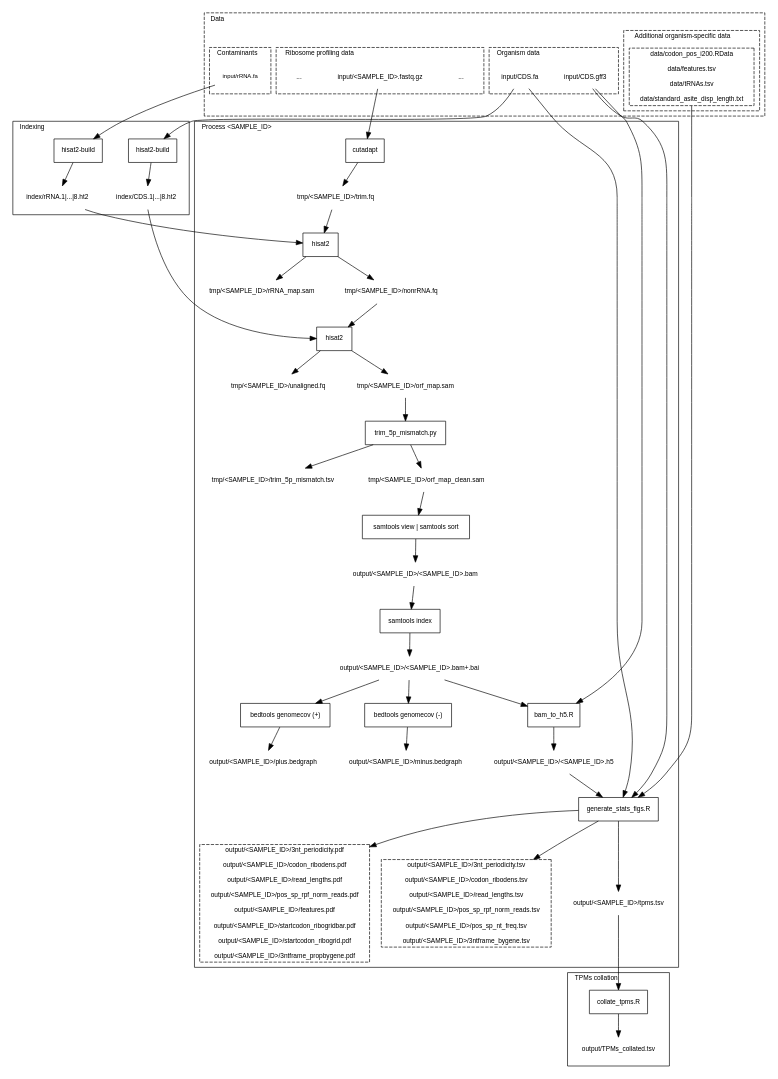
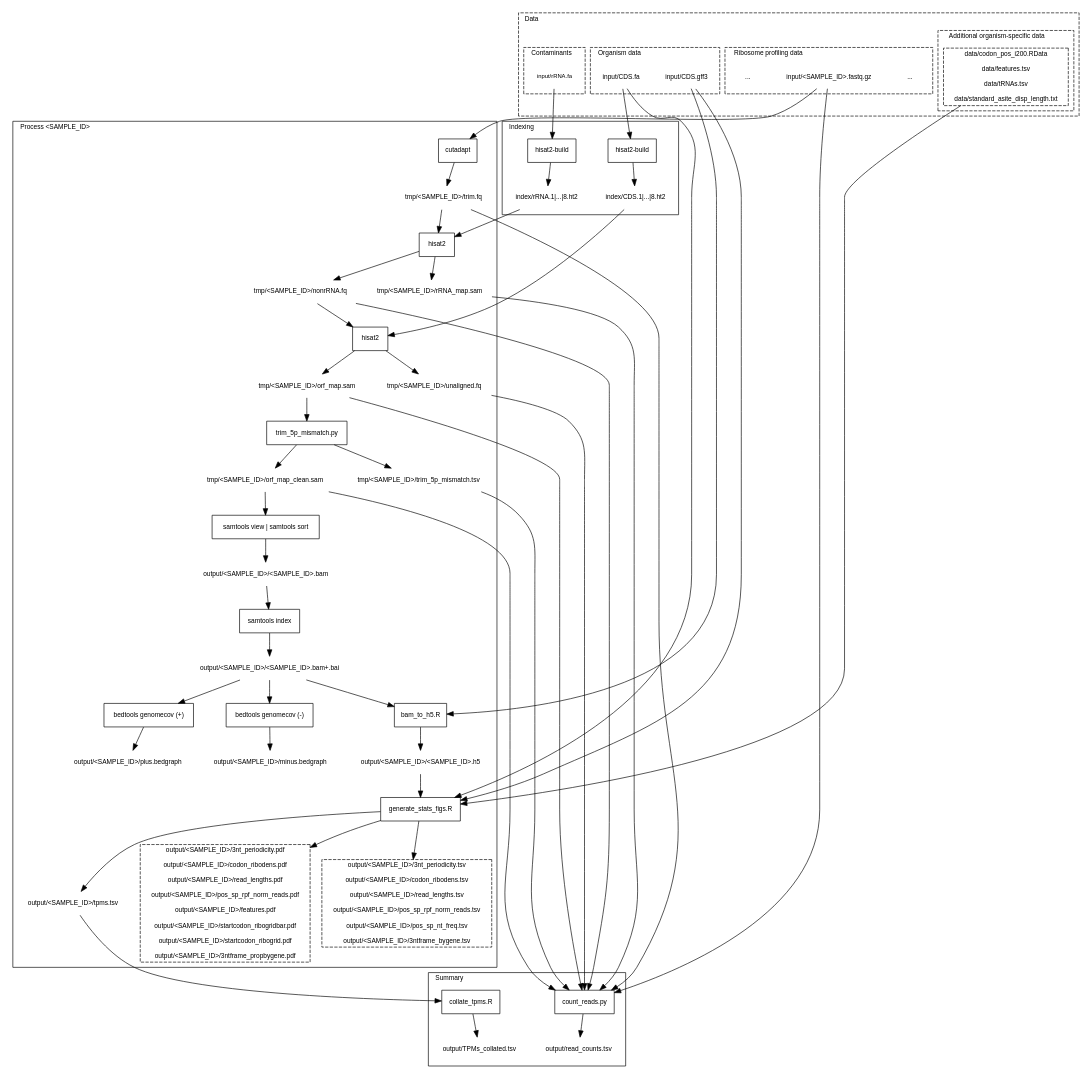
The diagram in docs/images/workflow.dot (riboviz/riboviz), drawn with Graphviz before and after one commit. The commit also changed 10 other files, not shown here.

Commit message:
Extended riboviz.count_reads to get sample names from configuration file

```diff
--- a/docs/images/workflow.dot
+++ b/docs/images/workflow.dot
@@ -1,160 +1,172 @@
 digraph G {
   graph [ fontname=Helvetica, fontsize=10, compound=true ]
   node [ fontname=Helvetica, fontsize=10 ]
   edge [ fontname=Helvetica, fontsize=10 ]
 
   subgraph cluster_data {
     label = "Data"
     labeljust = "l"
     style = dashed
 
     subgraph cluster_organism {
       label = "Organism data"
       labeljust = "l"
       style = dashed
 
       "input/CDS.fa"  [shape=plaintext]
       "input/CDS.gff3" [shape=plaintext]
     }
 
     subgraph cluster_contaminants {
       label = "Contaminants"
       labeljust = "l"
       style = dashed
 
       "input/rRNA.fa"  [shape=plaintext, fontsize=9]
     }
 
     subgraph cluster_additional_organism {
       label = "Additional organism-specific data"
       labeljust = "l"
       style = dashed
 
       data [label="data/codon_pos_i200.RData\n
 data/features.tsv\n
 data/tRNAs.tsv\n
 data/standard_asite_disp_length.txt"] [shape=box, style=dashed]
     }
 
     subgraph cluster_ribosome {
       label = "Ribosome profiling data"
       labeljust = "l"
       style = dashed
 
       ribosome_data0toI [label="..."] [shape=plaintext]
       "input/<SAMPLE_ID>.fastq.gz" [shape=plaintext]
       ribosome_dataItoN [label="..."] [shape=plaintext]
     }
   }
   
   subgraph cluster_indexing {
     label = "Indexing"
     labeljust = "l"
 
     h2build1 [label="hisat2-build"] [shape=box]
     h2build2 [label="hisat2-build"] [shape=box]
 
     "index/rRNA.1|...|8.ht2" [shape=plaintext]
     "index/CDS.1|...|8.ht2" [shape=plaintext]
 
     "input/rRNA.fa" -> h2build1 -> "index/rRNA.1|...|8.ht2"
     "input/CDS.fa" -> h2build2 -> "index/CDS.1|...|8.ht2"
   }
 
   subgraph cluster_per_sample_processing {
     label = "Process <SAMPLE_ID>"
     labeljust = "l"
 
     cut [label="cutadapt"] [shape=box]
     h21 [label="hisat2"] [shape=box]
     h22 [label="hisat2"] [shape=box]
     samindex [label="samtools index"] [shape=box]
     samview [label="samtools view | samtools sort"] [shape=box]
     trim [label="trim_5p_mismatch.py"] [shape=box]
     bedplus [label="bedtools genomecov (+)"] [shape=box]
     bedminus [label="bedtools genomecov (-)"] [shape=box]
     bam2h5 [label="bam_to_h5.R"] [shape=box]
     statsfigs [label="generate_stats_figs.R"] [shape=box]
 
     "tmp/<SAMPLE_ID>/trim.fq" [shape=plaintext]
     "tmp/<SAMPLE_ID>/rRNA_map.sam" [shape=plaintext]
     "tmp/<SAMPLE_ID>/nonrRNA.fq" [shape=plaintext]
     "tmp/<SAMPLE_ID>/unaligned.fq" [shape=plaintext]
     "tmp/<SAMPLE_ID>/orf_map.sam" [shape=plaintext]
     "tmp/<SAMPLE_ID>/trim_5p_mismatch.tsv" [shape=plaintext]
     "tmp/<SAMPLE_ID>/orf_map_clean.sam" [shape=plaintext]
     "output/<SAMPLE_ID>/<SAMPLE_ID>.bam" [shape=plaintext]
     "output/<SAMPLE_ID>/<SAMPLE_ID>.bam+.bai" [shape=plaintext]
     "output/<SAMPLE_ID>/plus.bedgraph" [shape=plaintext]
     "output/<SAMPLE_ID>/minus.bedgraph" [shape=plaintext]
     "output/<SAMPLE_ID>/<SAMPLE_ID>.h5" [shape=plaintext]
 
     pdfs [label="output/<SAMPLE_ID>/3nt_periodicity.pdf\n
 output/<SAMPLE_ID>/codon_ribodens.pdf\n
 output/<SAMPLE_ID>/read_lengths.pdf\n
 output/<SAMPLE_ID>/pos_sp_rpf_norm_reads.pdf\n
 output/<SAMPLE_ID>/features.pdf\n
 output/<SAMPLE_ID>/startcodon_ribogridbar.pdf\n
 output/<SAMPLE_ID>/startcodon_ribogrid.pdf\n
 output/<SAMPLE_ID>/3ntframe_propbygene.pdf
 "] [shape=box, style=dashed]
 
     tsvs [label="output/<SAMPLE_ID>/3nt_periodicity.tsv\n
 output/<SAMPLE_ID>/codon_ribodens.tsv\n
 output/<SAMPLE_ID>/read_lengths.tsv\n
 output/<SAMPLE_ID>/pos_sp_rpf_norm_reads.tsv\n
 output/<SAMPLE_ID>/pos_sp_nt_freq.tsv\n
 output/<SAMPLE_ID>/3ntframe_bygene.tsv
 "] [shape=box, style=dashed]
 
     "output/<SAMPLE_ID>/tpms.tsv" [shape=plaintext]
 
     "input/<SAMPLE_ID>.fastq.gz" -> cut -> "tmp/<SAMPLE_ID>/trim.fq"
 
     "tmp/<SAMPLE_ID>/trim.fq" -> h21
     "index/rRNA.1|...|8.ht2" -> h21
     h21 -> "tmp/<SAMPLE_ID>/rRNA_map.sam"
     h21 -> "tmp/<SAMPLE_ID>/nonrRNA.fq"
 
     "index/CDS.1|...|8.ht2" -> h22
     "tmp/<SAMPLE_ID>/nonrRNA.fq" -> h22
     h22 -> "tmp/<SAMPLE_ID>/unaligned.fq"
     h22 -> "tmp/<SAMPLE_ID>/orf_map.sam"
 
     "tmp/<SAMPLE_ID>/orf_map.sam" -> trim 
     trim -> "tmp/<SAMPLE_ID>/orf_map_clean.sam"
     trim -> "tmp/<SAMPLE_ID>/trim_5p_mismatch.tsv"
 
     "tmp/<SAMPLE_ID>/orf_map_clean.sam" -> samview -> "output/<SAMPLE_ID>/<SAMPLE_ID>.bam"
     "output/<SAMPLE_ID>/<SAMPLE_ID>.bam" -> samindex
     samindex -> "output/<SAMPLE_ID>/<SAMPLE_ID>.bam+.bai"
 
     "output/<SAMPLE_ID>/<SAMPLE_ID>.bam+.bai" -> bedplus -> "output/<SAMPLE_ID>/plus.bedgraph"
     "output/<SAMPLE_ID>/<SAMPLE_ID>.bam+.bai" -> bedminus -> "output/<SAMPLE_ID>/minus.bedgraph"
 
     "output/<SAMPLE_ID>/<SAMPLE_ID>.bam+.bai" -> bam2h5
     "input/CDS.gff3" -> bam2h5
     bam2h5 -> "output/<SAMPLE_ID>/<SAMPLE_ID>.h5"
 
     "output/<SAMPLE_ID>/<SAMPLE_ID>.h5" -> statsfigs
     "input/CDS.fa" -> statsfigs
     "input/CDS.gff3" -> statsfigs
     data -> statsfigs
 
     statsfigs -> pdfs
     statsfigs -> tsvs
     statsfigs -> "output/<SAMPLE_ID>/tpms.tsv"
   }
 
-  subgraph cluster_tpms_collation {
-    label = "TPMs collation"
+  subgraph cluster_summary {
+    label = "Summary"
     labeljust = "l"
 
     collate [label="collate_tpms.R"] [shape=box]
+    count_reads [label="count_reads.py"] [shape=box]
 
     "output/TPMs_collated.tsv" [shape=plaintext]
+    "output/read_counts.tsv" [shape=plaintext]
 
     "output/<SAMPLE_ID>/tpms.tsv" -> collate
     collate -> "output/TPMs_collated.tsv"
+
+    "input/<SAMPLE_ID>.fastq.gz" -> count_reads
+    "tmp/<SAMPLE_ID>/trim.fq" -> count_reads
+    "tmp/<SAMPLE_ID>/rRNA_map.sam" -> count_reads
+    "tmp/<SAMPLE_ID>/nonrRNA.fq" -> count_reads
+    "tmp/<SAMPLE_ID>/unaligned.fq" -> count_reads
+    "tmp/<SAMPLE_ID>/orf_map.sam" -> count_reads
+    "tmp/<SAMPLE_ID>/trim_5p_mismatch.tsv" -> count_reads
+    "tmp/<SAMPLE_ID>/orf_map_clean.sam" -> count_reads
+    count_reads -> "output/read_counts.tsv"
   }
 }
```
